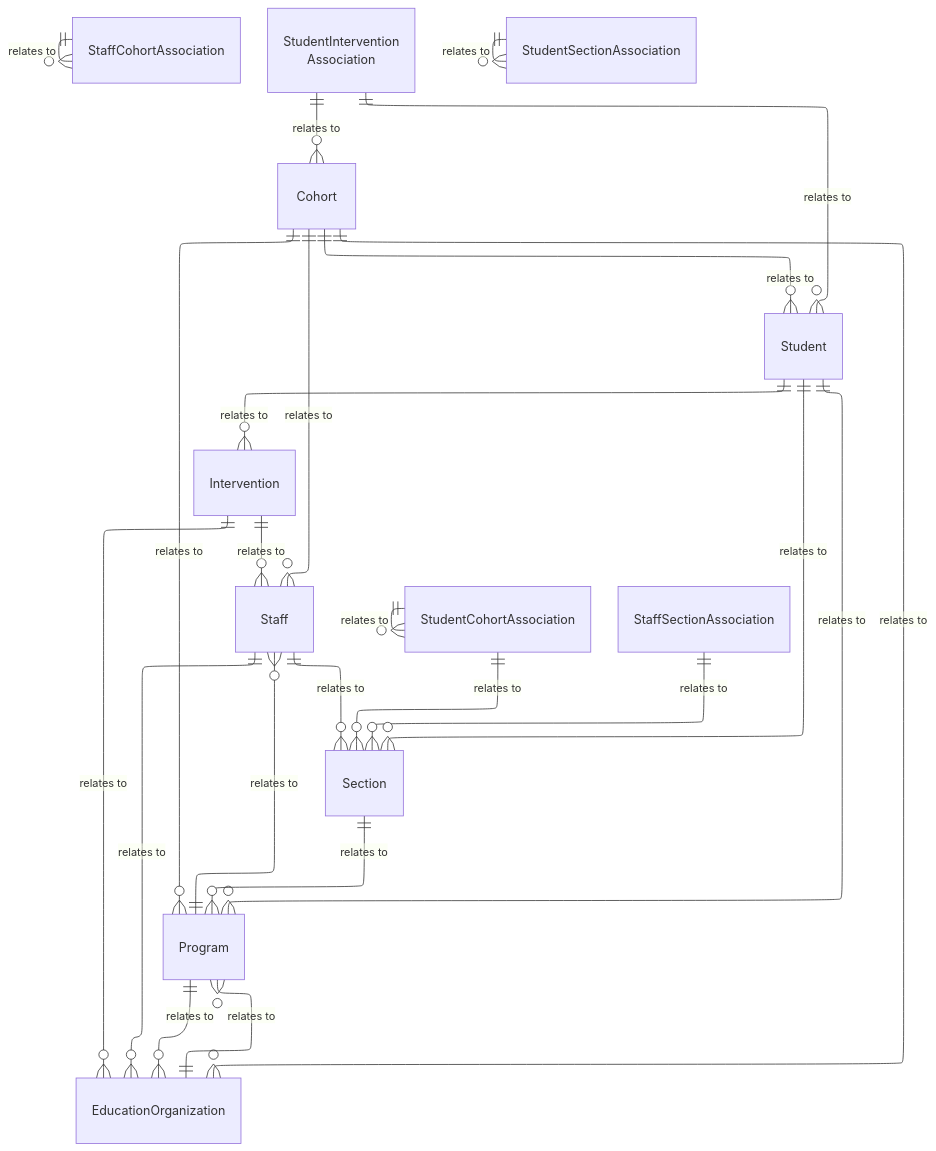
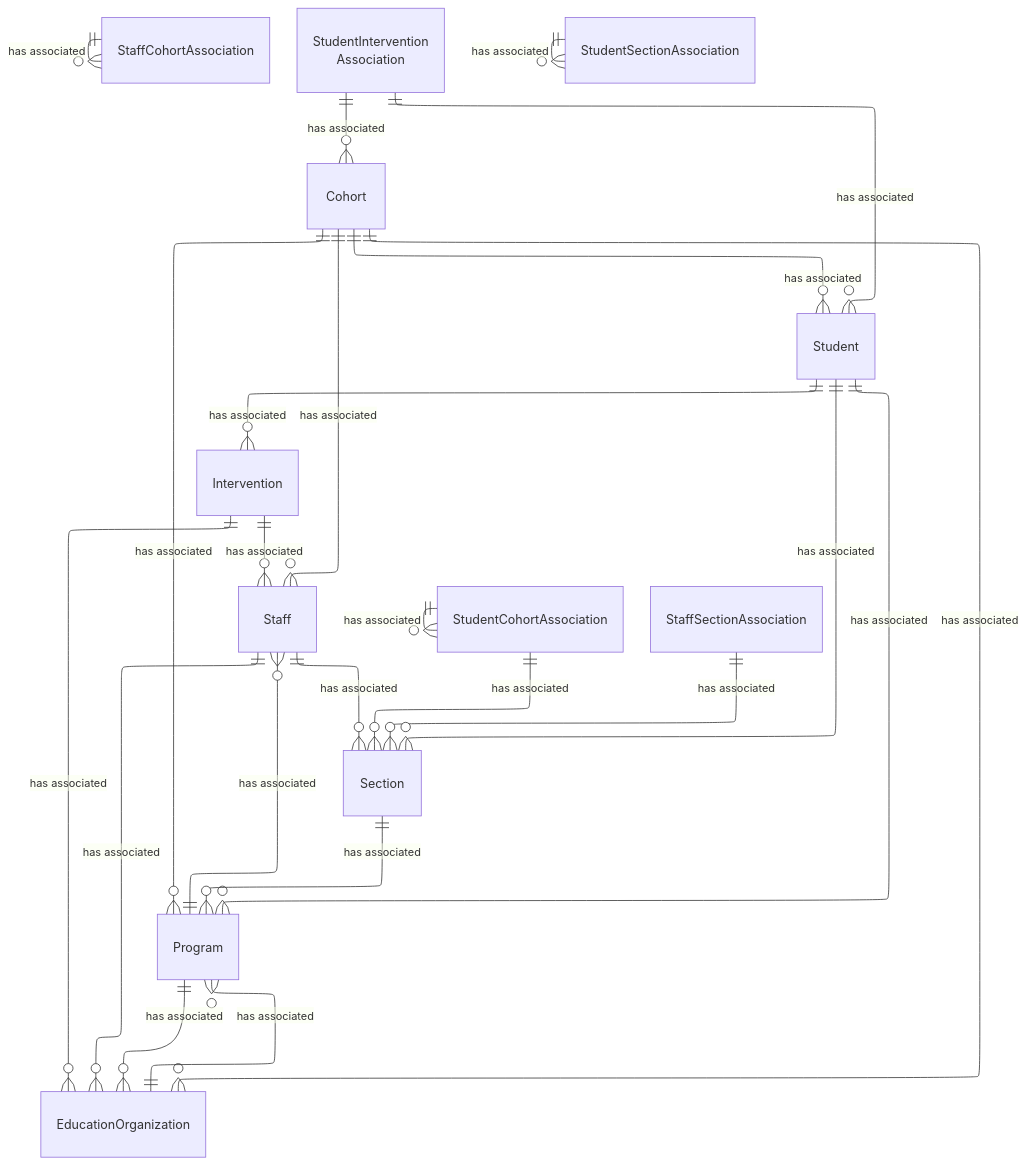
Before and after one commit to Ed-Fi-Alliance-OSS/ed-fi-alliance-oss.github.io: the diagram in dataStandard_versioned_docs/version-6/model-reference/student-cohort-domain/model-diagrams.md, drawn with Mermaid. The commit also changed 24 other files, not shown here.

````diff
--- a/dataStandard_versioned_docs/version-6/model-reference/student-cohort-domain/model-diagrams.md
+++ b/dataStandard_versioned_docs/version-6/model-reference/student-cohort-domain/model-diagrams.md
@@ -10,53 +10,53 @@
 ```mermaid
 ---
 config:
   layout: elk
 ---
 erDiagram
     Student {
     }
     Staff {
     }
     Cohort {
     }
     StudentCohortAssociation {
     }
     StaffCohortAssociation {
     }
     StudentInterventionAssociation["StudentIntervention<br/>Association"] {
     }
     Intervention {
     }
     StudentSectionAssociation {
     }
     StaffSectionAssociation {
     }
     Program {
     }
     Section {
     }
     EducationOrganization {
     }
-    Cohort ||--o{ Student : "relates to"
-    Cohort ||--o{ Program : "relates to"
-    Cohort ||--o{ EducationOrganization : "relates to"
-    Cohort ||--o{ Staff : "relates to"
-    StudentCohortAssociation ||--o{ StudentCohortAssociation : "relates to"
-    StudentCohortAssociation ||--o{ Section : "relates to"
-    StaffCohortAssociation ||--o{ StaffCohortAssociation : "relates to"
-    StudentInterventionAssociation ||--o{ Cohort : "relates to"
-    StudentInterventionAssociation ||--o{ Student : "relates to"
-    StudentSectionAssociation ||--o{ StudentSectionAssociation : "relates to"
-    StaffSectionAssociation ||--o{ Section : "relates to"
-    Student ||--o{ Intervention : "relates to"
-    Student ||--o{ Program : "relates to"
-    Student ||--o{ Section : "relates to"
-    Staff ||--o{ EducationOrganization : "relates to"
-    Staff ||--o{ Section : "relates to"
-    Intervention ||--o{ EducationOrganization : "relates to"
-    Intervention ||--o{ Staff : "relates to"
-    Program ||--o{ EducationOrganization : "relates to"
-    Program ||--o{ Staff : "relates to"
-    EducationOrganization ||--o{ Program : "relates to"
-    Section ||--o{ Program : "relates to"
+    Cohort ||--o{ Student : "has associated"
+    Cohort ||--o{ Program : "has associated"
+    Cohort ||--o{ EducationOrganization : "has associated"
+    Cohort ||--o{ Staff : "has associated"
+    StudentCohortAssociation ||--o{ StudentCohortAssociation : "has associated"
+    StudentCohortAssociation ||--o{ Section : "has associated"
+    StaffCohortAssociation ||--o{ StaffCohortAssociation : "has associated"
+    StudentInterventionAssociation ||--o{ Cohort : "has associated"
+    StudentInterventionAssociation ||--o{ Student : "has associated"
+    StudentSectionAssociation ||--o{ StudentSectionAssociation : "has associated"
+    StaffSectionAssociation ||--o{ Section : "has associated"
+    Student ||--o{ Intervention : "has associated"
+    Student ||--o{ Program : "has associated"
+    Student ||--o{ Section : "has associated"
+    Staff ||--o{ EducationOrganization : "has associated"
+    Staff ||--o{ Section : "has associated"
+    Intervention ||--o{ EducationOrganization : "has associated"
+    Intervention ||--o{ Staff : "has associated"
+    Program ||--o{ EducationOrganization : "has associated"
+    Program ||--o{ Staff : "has associated"
+    EducationOrganization ||--o{ Program : "has associated"
+    Section ||--o{ Program : "has associated"
 ```
````
